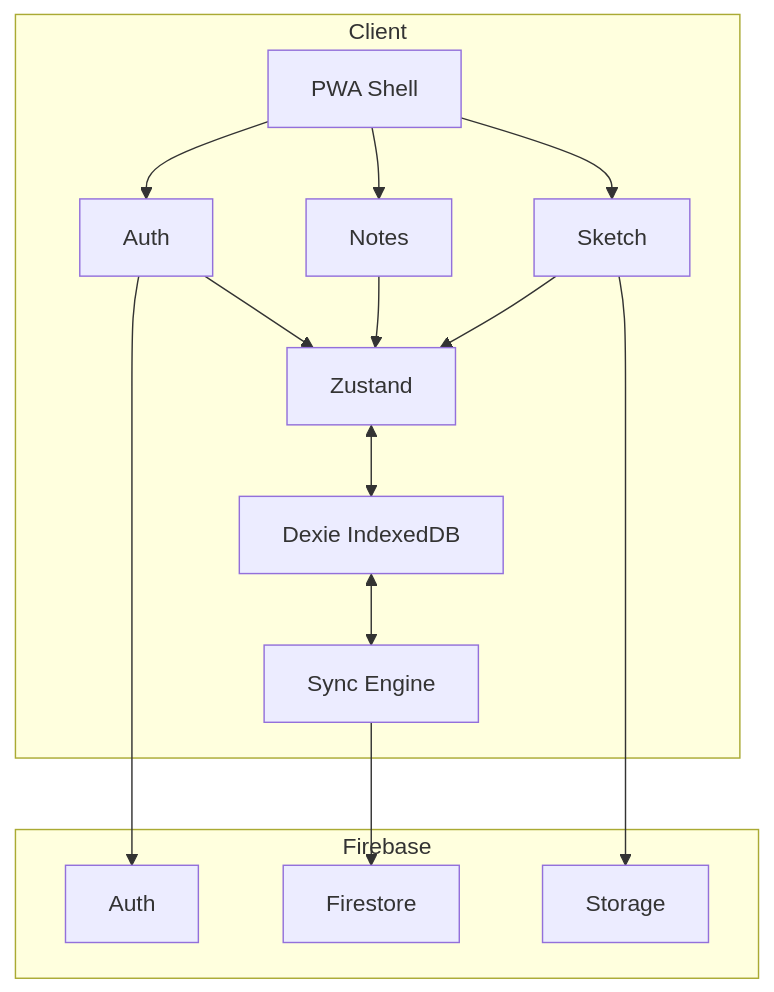
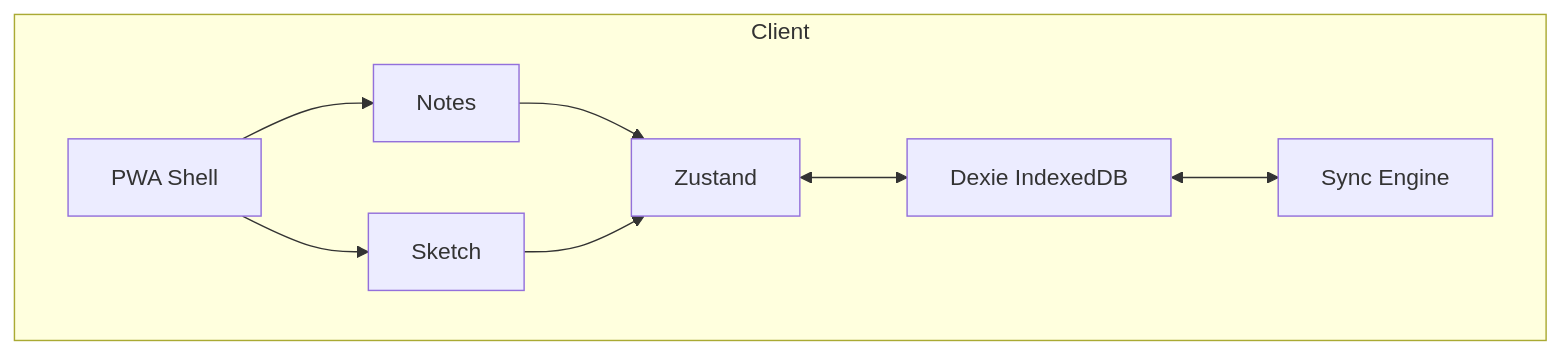
One commit to jaiswalkanishk07/inkified-notes_and_sketch changed the diagram in README.md. Above: the diagram before and after it, drawn with Mermaid. The commit also changed other lines of this file and 24 other files, not shown here.

````diff
--- a/README.md
+++ b/README.md
@@ -37,28 +26,17 @@
 ```mermaid
 flowchart TB
     subgraph Client
         PWA["PWA Shell"]
-        Auth["Auth"]
         Notes["Notes"]
         Sketch["Sketch"]
         Store["Zustand"]
         Dexie["Dexie IndexedDB"]
         Sync["Sync Engine"]
     end
 
-    subgraph Firebase
-        FAuth["Auth"]
-        Firestore["Firestore"]
-        Storage["Storage"]
-    end
-
-    PWA --> Auth & Notes & Sketch
-    Auth --> Store
+    PWA --> Notes & Sketch
     Notes --> Store
     Sketch --> Store
     Store <--> Dexie
     Dexie <--> Sync
-    Auth --> FAuth
-    Sync --> Firestore
-    Sketch --> Storage
 ```
````
